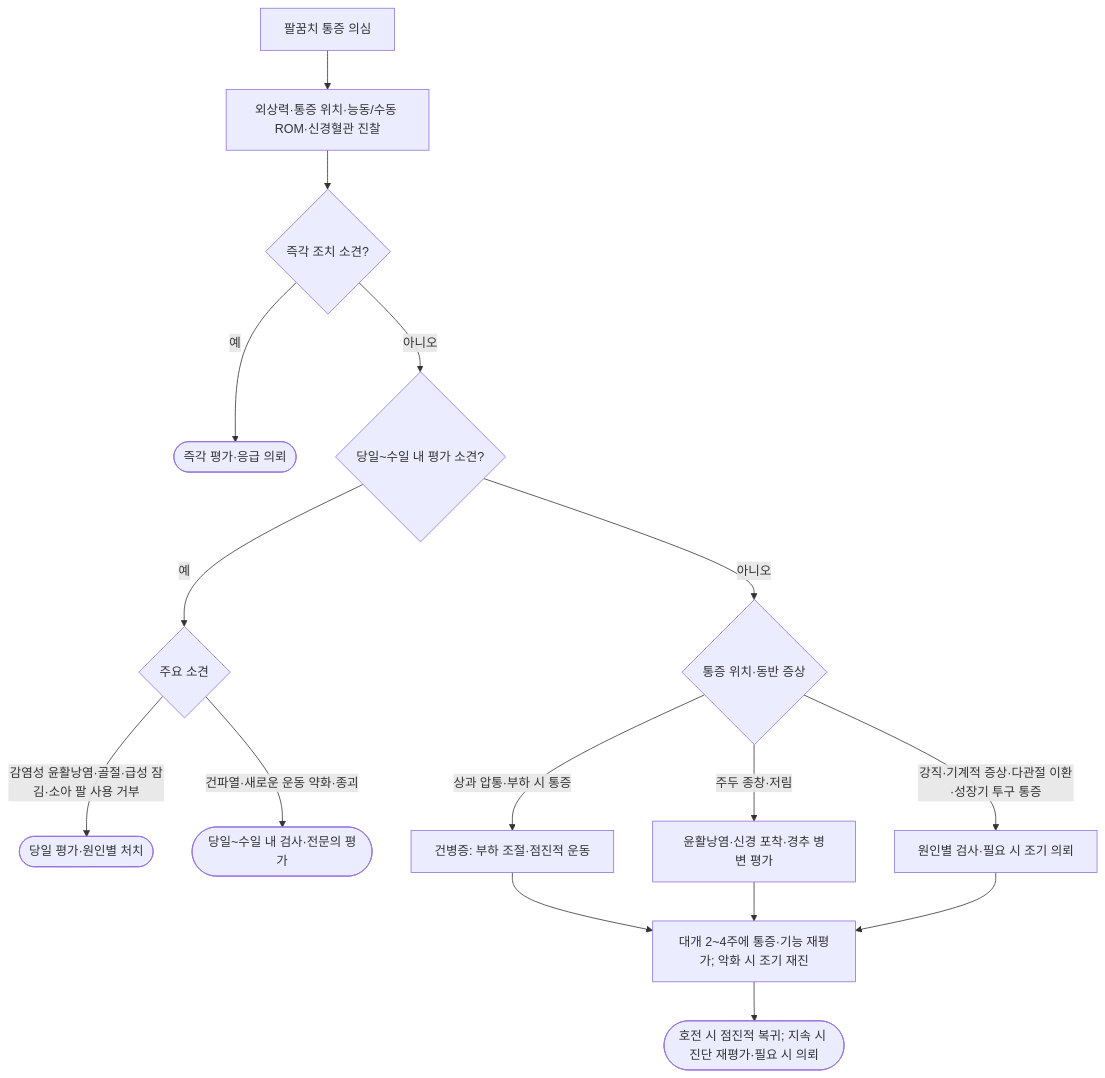
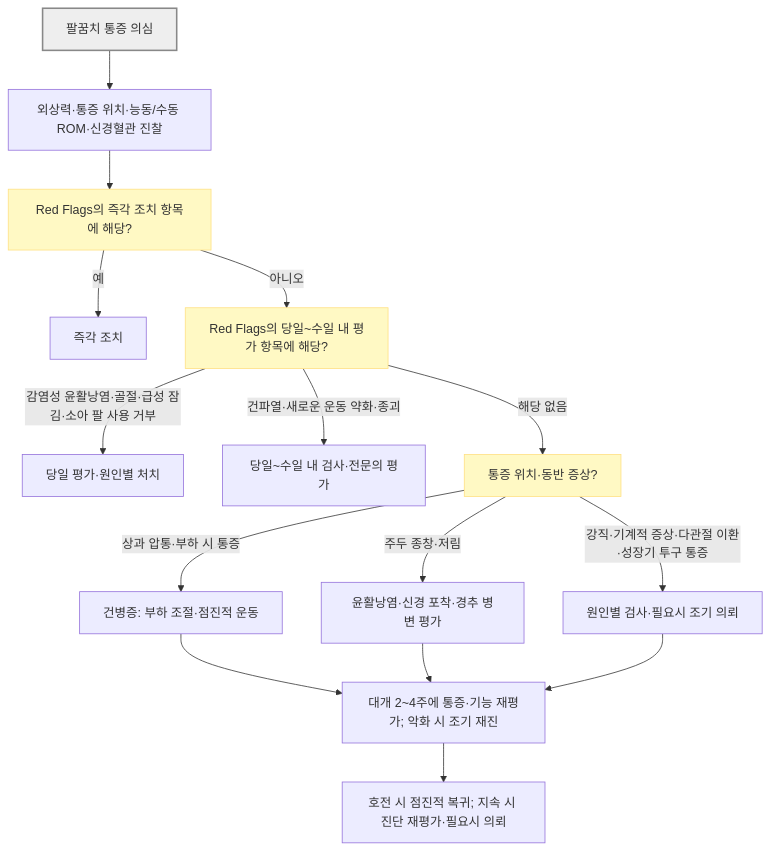
The diagram in 228_/140_-elbow-pain.md (familyoh77/familyoh77), drawn with Mermaid before and after one commit. The commit also changed other lines of this file and 3 other files, not shown here.

````diff
--- a/228_/140_-elbow-pain.md
+++ b/228_/140_-elbow-pain.md
@@ -138,18 +138,21 @@
 ```mermaid
-graph TD
+flowchart TD
     A["팔꿈치 통증 의심"] --> A1["외상력·통증 위치·능동/수동 ROM·신경혈관 진찰"]
-    A1 --> B{"즉각 조치 소견?"}
-    B -->|예| B1(["즉각 평가·응급 의뢰"])
-    B -->|아니오| C{"당일~수일 내 평가 소견?"}
-    C -->|예| C0{"주요 소견"}
-    C0 -->|"감염성 윤활낭염·골절·급성 잠김·소아 팔 사용 거부"| C1(["당일 평가·원인별 처치"])
-    C0 -->|"건파열·새로운 운동 약화·종괴"| C2(["당일~수일 내 검사·전문의 평가"])
-    C -->|아니오| D{"통증 위치·동반 증상"}
+    A1 --> B["Red Flags의 즉각 조치 항목에 해당?"]
+    B -->|"예"| B1["즉각 조치"]
+    B -->|"아니오"| C["Red Flags의 당일~수일 내 평가 항목에 해당?"]
+    C -->|"감염성 윤활낭염·골절·급성 잠김·소아 팔 사용 거부"| C1["당일 평가·원인별 처치"]
+    C -->|"건파열·새로운 운동 약화·종괴"| C2["당일~수일 내 검사·전문의 평가"]
+    C -->|"해당 없음"| D["통증 위치·동반 증상?"]
     D -->|"상과 압통·부하 시 통증"| D1["건병증: 부하 조절·점진적 운동"]
     D -->|"주두 종창·저림"| D2["윤활낭염·신경 포착·경추 병변 평가"]
-    D -->|"강직·기계적 증상·다관절 이환·성장기 투구 통증"| D3["원인별 검사·필요 시 조기 의뢰"]
+    D -->|"강직·기계적 증상·다관절 이환·성장기 투구 통증"| D3["원인별 검사·필요시 조기 의뢰"]
     D1 --> E["대개 2~4주에 통증·기능 재평가; 악화 시 조기 재진"]
     D2 --> E
     D3 --> E
-    E --> F(["호전 시 점진적 복귀; 지속 시 진단 재평가·필요 시 의뢰"])
+    E --> F["호전 시 점진적 복귀; 지속 시 진단 재평가·필요시 의뢰"]
+
+    classDef question fill:#fff9c4,stroke:#ffe082
+    class B,C,D question
+    style A fill:#eeeeee,stroke:#888888,stroke-width:2px
 ```
````
